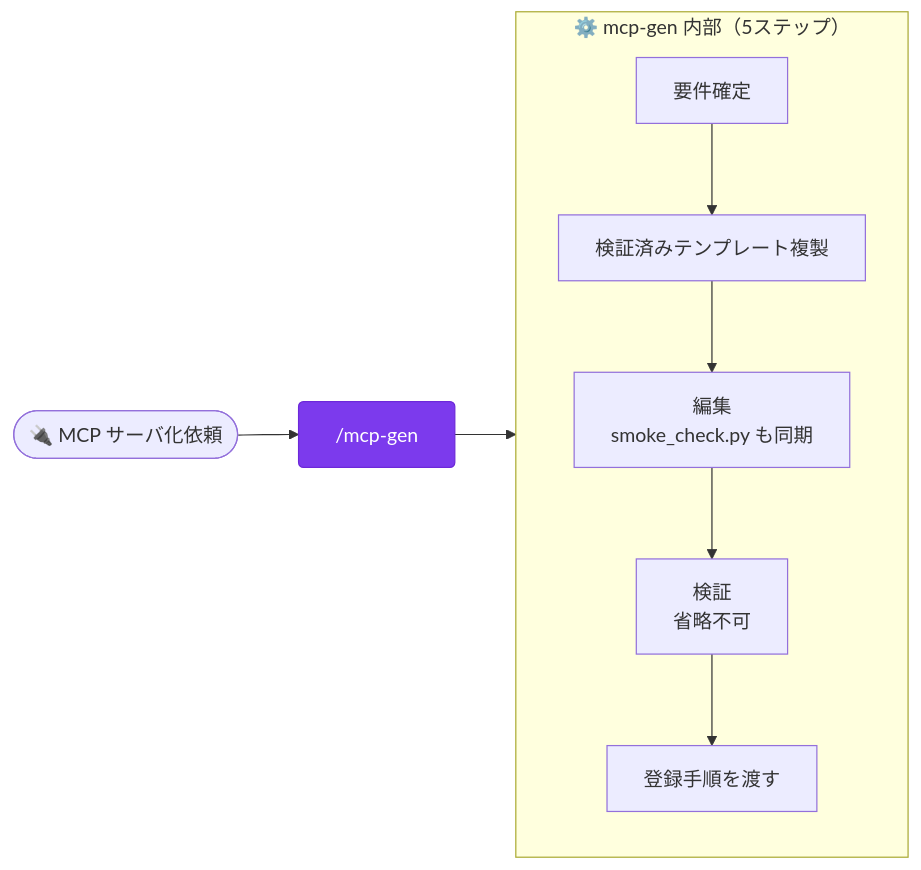
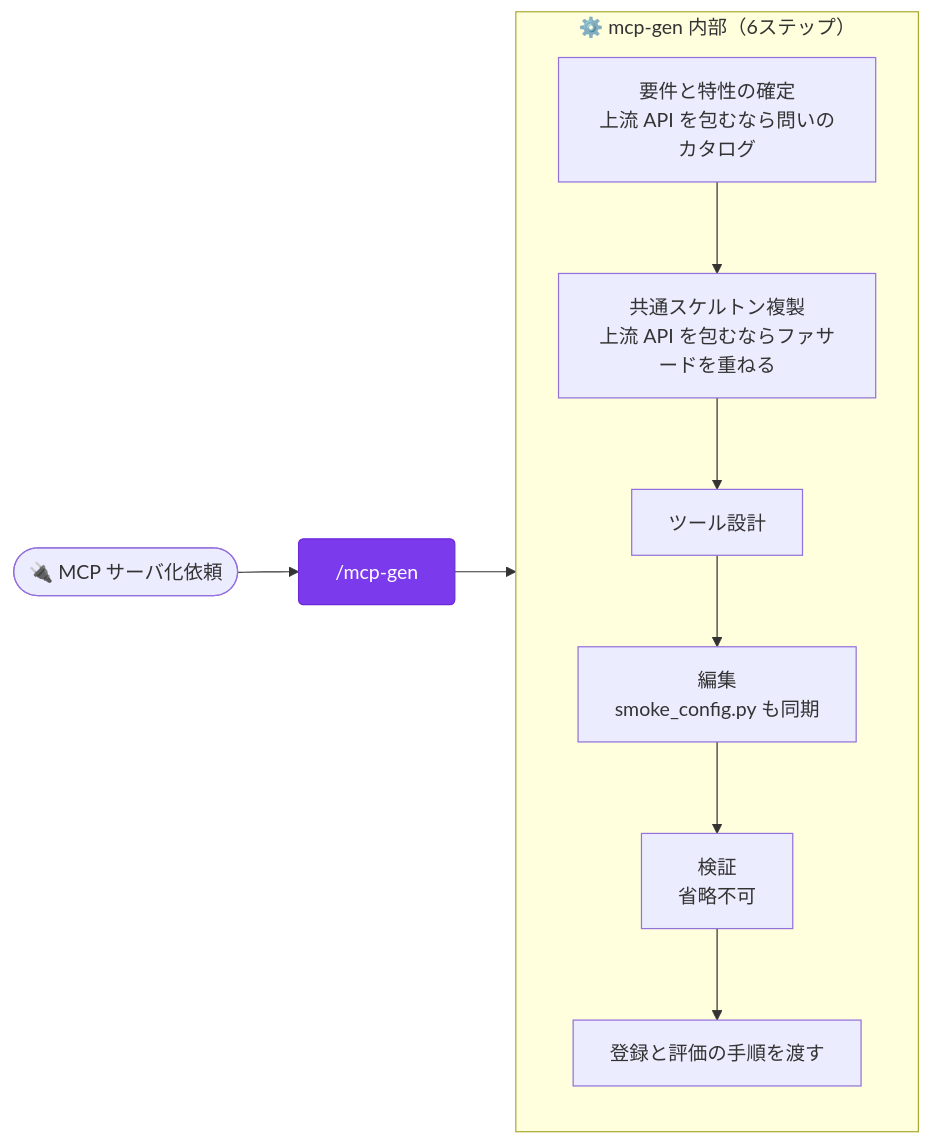
One commit to aokumablue/claq changed diagram 16 of 19 in README.md. Above: the diagram before and after it, drawn with Mermaid. The commit also changed other lines of this file, not shown here.

Commit message:
docs: README の mcp-gen の説明と内部フローを改修後の手順に合わせる

````diff
--- a/README.md
+++ b/README.md
@@ -661,16 +661,17 @@
 ```mermaid
 flowchart LR
   classDef skill  fill:#7c3aed,stroke:#6d28d9,color:#fff,rx:4
 
   U(["🔌 MCP サーバ化依頼"]) --> MG["/mcp-gen"]:::skill
 
-  subgraph mcpgen["⚙️ mcp-gen 内部（5ステップ）"]
+  subgraph mcpgen["⚙️ mcp-gen 内部（6ステップ）"]
     direction TB
-    REQ["要件確定"] --> TPL["検証済みテンプレート複製"]
-    TPL --> EDIT["編集<br/>smoke_check.py も同期"]
+    REQ["要件と特性の確定<br/>上流 API を包むなら問いのカタログ"] --> TPL["共通スケルトン複製<br/>上流 API を包むならファサードを重ねる"]
+    TPL --> DES["ツール設計"]
+    DES --> EDIT["編集<br/>smoke_config.py も同期"]
     EDIT --> VER["検証<br/>省略不可"]
-    VER --> REG["登録手順を渡す"]
+    VER --> REG["登録と評価の手順を渡す"]
   end
 
   MG --> mcpgen
 ```
````
